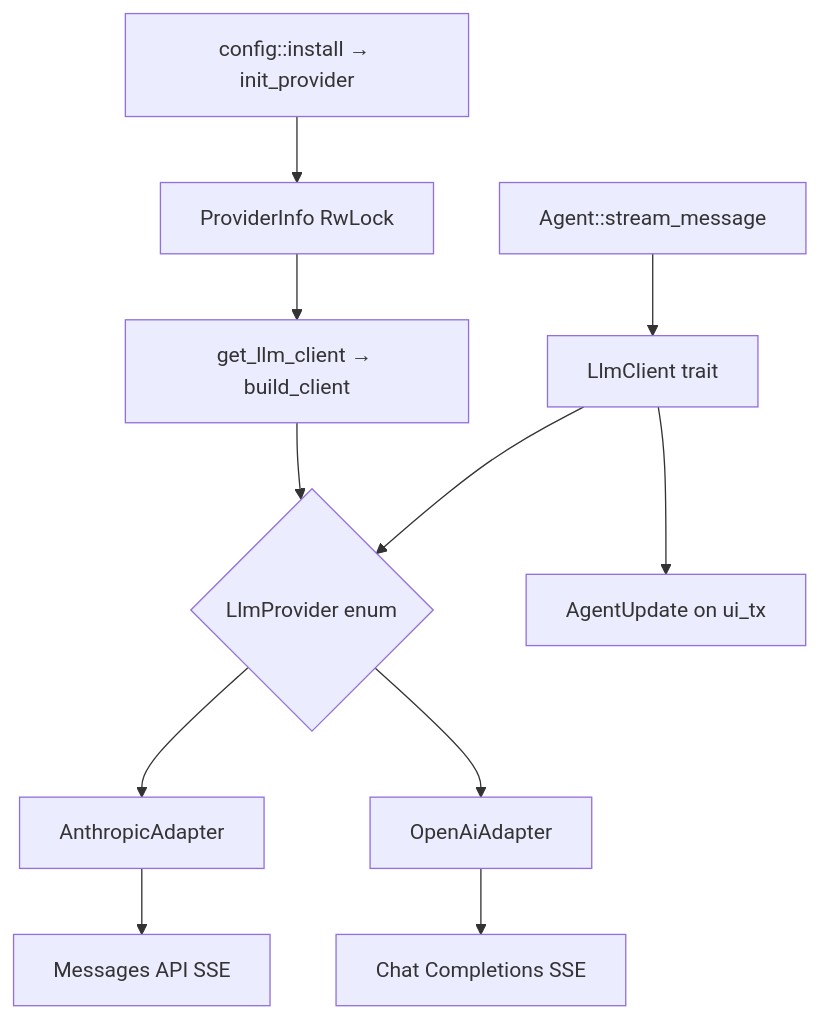
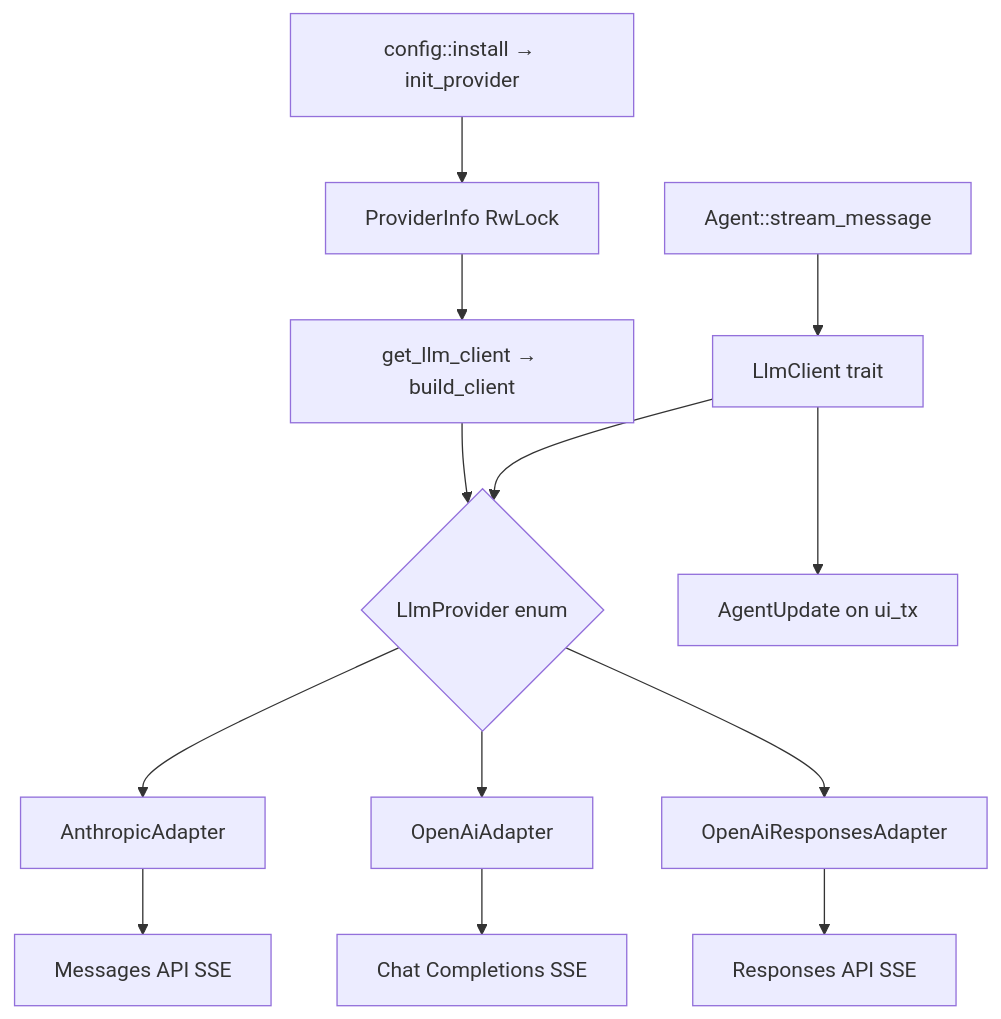
One commit to rust-infra/tact changed the first of 5 diagrams in book/22_chapter_llm.md. Above: the diagram before and after it, drawn with Mermaid. The commit also changed other lines of this file and 190 other files, not shown here.

Commit message:
Add OpenAI Responses and Skill install (#46)

````diff
--- a/book/22_chapter_llm.md
+++ b/book/22_chapter_llm.md
@@ -13,13 +14,15 @@
 ```mermaid
 flowchart TB
     Config[config::install → init_provider] --> PI[ProviderInfo RwLock]
     PI --> Build[get_llm_client → build_client]
     Build --> LP{LlmProvider enum}
     LP --> Anthropic[AnthropicAdapter]
     LP --> OpenAi[OpenAiAdapter]
+    LP --> Responses[OpenAiResponsesAdapter]
     Anthropic --> API1[Messages API SSE]
     OpenAi --> API2[Chat Completions SSE]
+    Responses --> API3[Responses API SSE]
     Agent[Agent::stream_message] --> LlmClient[LlmClient trait]
     LlmClient --> LP
     LlmClient --> TUI[AgentUpdate on ui_tx]
 ```
````
